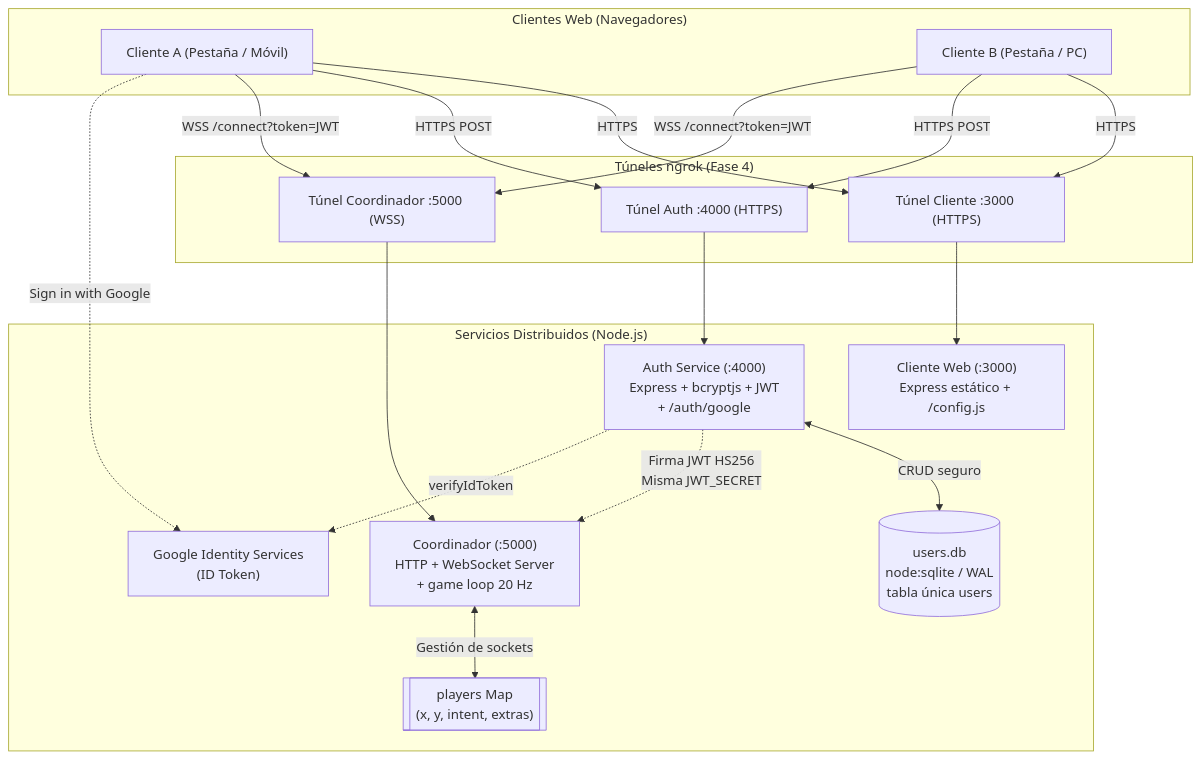
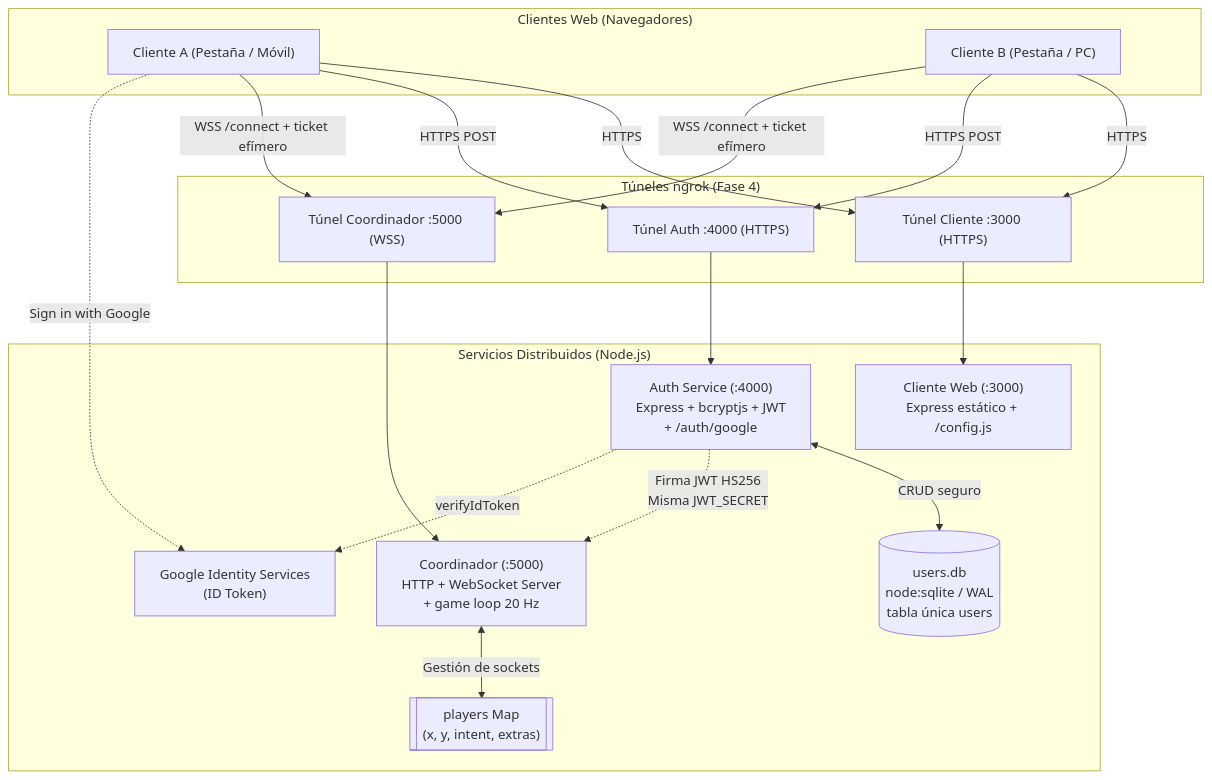
One commit to juandiegobb/SSD-CarsGame changed the first of 2 diagrams in README.md. Above: the diagram before and after it, drawn with Mermaid. The commit also changed other lines of this file and 9 other files, not shown here.

````diff
--- a/README.md
+++ b/README.md
@@ -36,42 +36,42 @@
 ```mermaid
 flowchart TD
     subgraph Clientes ["Clientes Web (Navegadores)"]
         BrowserA["Cliente A (Pestaña / Móvil)"]
         BrowserB["Cliente B (Pestaña / PC)"]
     end
 
     subgraph NgrokTunnels ["Túneles ngrok (Fase 4)"]
         TunnelClient["Túnel Cliente :3000 (HTTPS)"]
         TunnelAuth["Túnel Auth :4000 (HTTPS)"]
         TunnelCoord["Túnel Coordinador :5000 (WSS)"]
     end
 
     subgraph Backend ["Servicios Distribuidos (Node.js)"]
         ClientApp["Cliente Web (:3000)<br>Express estático + /config.js"]
         AuthService["Auth Service (:4000)<br>Express + bcryptjs + JWT<br>+ /auth/google"]
         Google["Google Identity Services<br>(ID Token)"]
         Coordinator["Coordinador (:5000)<br>HTTP + WebSocket Server<br>+ game loop 20 Hz"]
         DB[("users.db<br>node:sqlite / WAL<br>tabla única users")]
         MemoryMap[["players Map<br>(x, y, intent, extras)"]]
     end
 
     %% Conexiones Clientes -> Túneles
     BrowserA -->|HTTPS| TunnelClient
     BrowserB -->|HTTPS| TunnelClient
     BrowserA -->|HTTPS POST| TunnelAuth
     BrowserB -->|HTTPS POST| TunnelAuth
-    BrowserA -->|WSS /connect?token=JWT| TunnelCoord
-    BrowserB -->|WSS /connect?token=JWT| TunnelCoord
+    BrowserA -->|WSS /connect + ticket efímero| TunnelCoord
+    BrowserB -->|WSS /connect + ticket efímero| TunnelCoord
 
     %% Túneles -> Backend
     TunnelClient --> ClientApp
     TunnelAuth --> AuthService
     TunnelCoord --> Coordinator
 
     %% Backend interno
     AuthService <-->|CRUD seguro| DB
     Coordinator <-->|Gestión de sockets| MemoryMap
     AuthService -.->|"Firma JWT HS256<br>Misma JWT_SECRET"| Coordinator
     BrowserA -.->|Sign in with Google| Google
     AuthService -.->|verifyIdToken| Google
 ```
````
